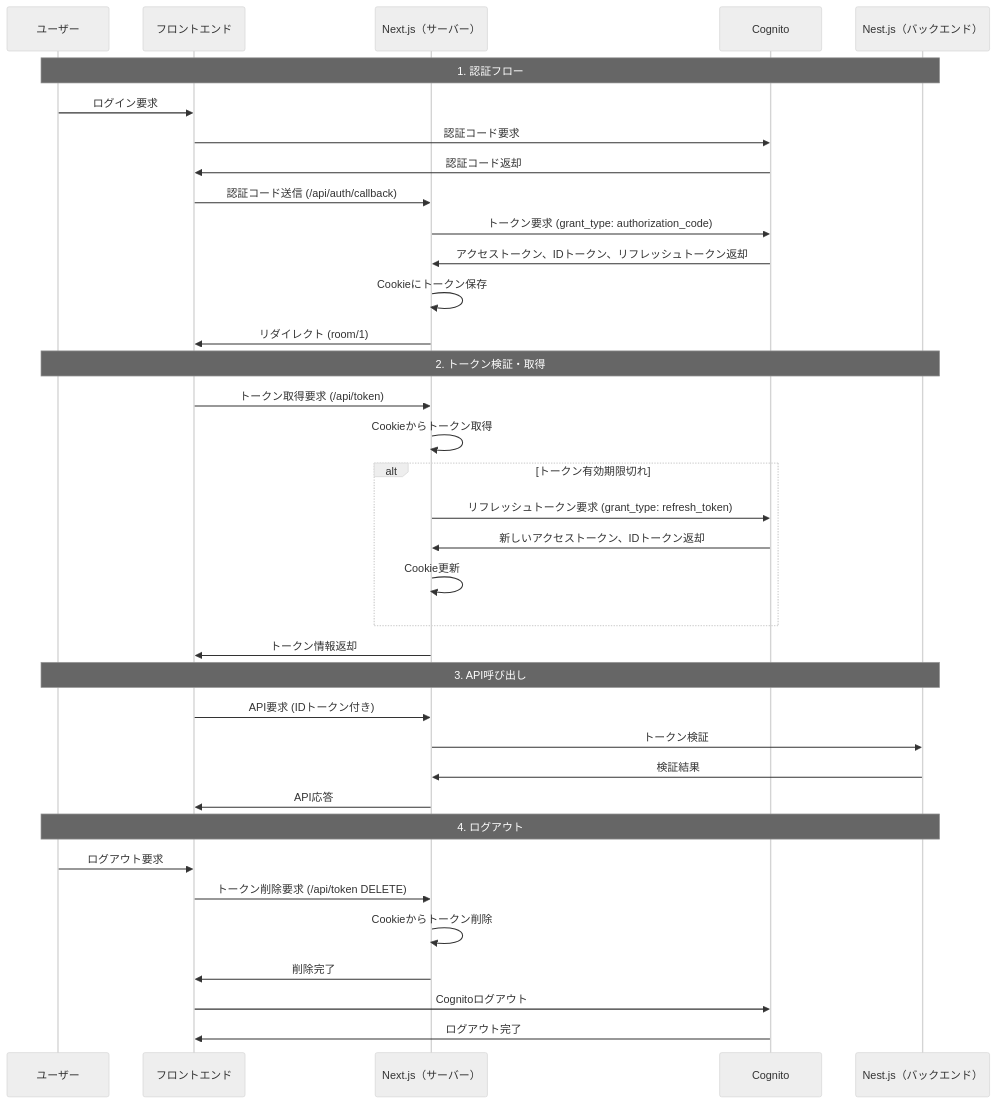
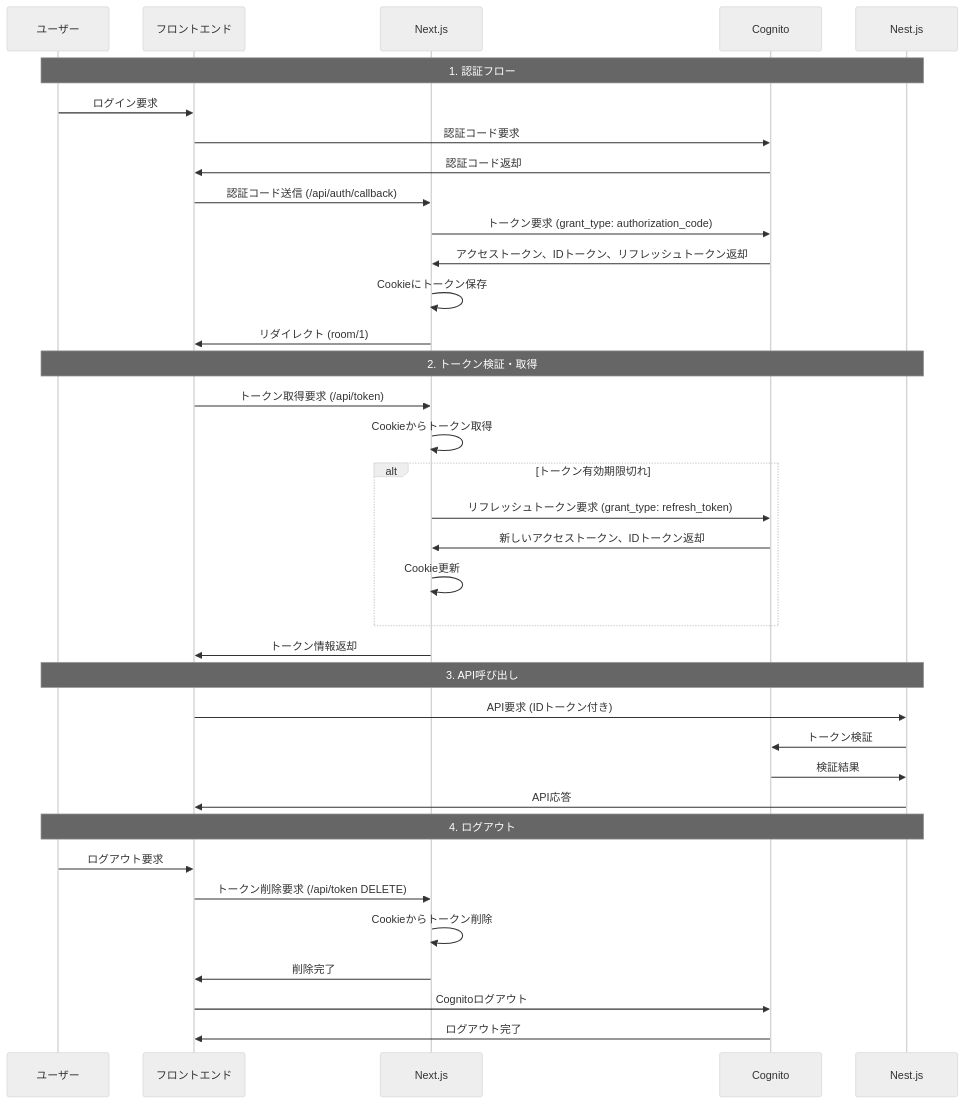
Before and after one commit to asanntech/white-board-front: the diagram in README.md, drawn with Mermaid (neutral theme). The commit also changed other lines of this file, not shown here.

Commit message:
style: update

````diff
--- a/README.md
+++ b/README.md
@@ -41,42 +41,42 @@
 ```mermaid
 sequenceDiagram
     participant U as ユーザー
     participant F as フロントエンド
-    participant B as Next.js（サーバー）
+    participant B as Next.js
     participant C as Cognito
-    participant DB as Nest.js（バックエンド）
+    participant DB as Nest.js
 
     Note over U,DB: 1. 認証フロー
     U->>F: ログイン要求
     F->>C: 認証コード要求
     C->>F: 認証コード返却
     F->>B: 認証コード送信 (/api/auth/callback)
     B->>C: トークン要求 (grant_type: authorization_code)
     C->>B: アクセストークン、IDトークン、リフレッシュトークン返却
     B->>B: Cookieにトークン保存
     B->>F: リダイレクト (room/1)
 
     Note over U,DB: 2. トークン検証・取得
     F->>B: トークン取得要求 (/api/token)
     B->>B: Cookieからトークン取得
     alt トークン有効期限切れ
         B->>C: リフレッシュトークン要求 (grant_type: refresh_token)
         C->>B: 新しいアクセストークン、IDトークン返却
         B->>B: Cookie更新
     end
     B->>F: トークン情報返却
 
     Note over U,DB: 3. API呼び出し
-    F->>B: API要求 (IDトークン付き)
-    B->>DB: トークン検証
-    DB->>B: 検証結果
-    B->>F: API応答
+    F->>DB: API要求 (IDトークン付き)
+    DB->>C: トークン検証
+    C->>DB: 検証結果
+    DB->>F: API応答
 
     Note over U,DB: 4. ログアウト
     U->>F: ログアウト要求
     F->>B: トークン削除要求 (/api/token DELETE)
     B->>B: Cookieからトークン削除
     B->>F: 削除完了
     F->>C: Cognitoログアウト
     C->>F: ログアウト完了
 ```
````
